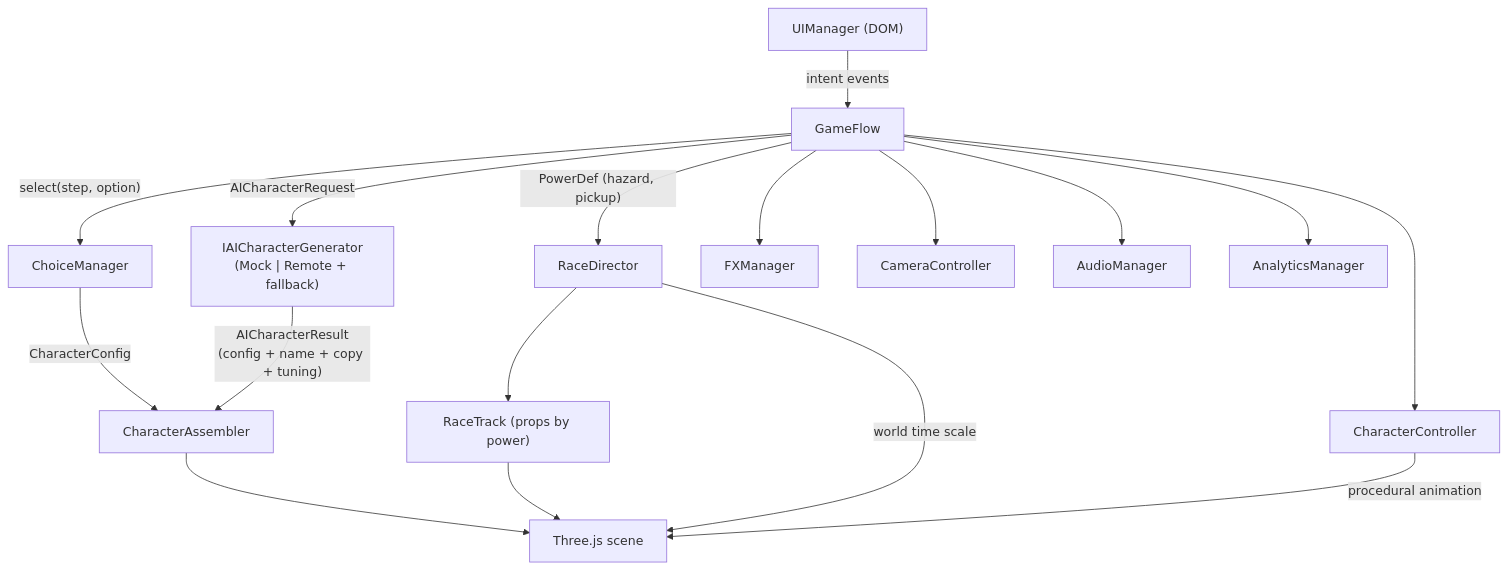
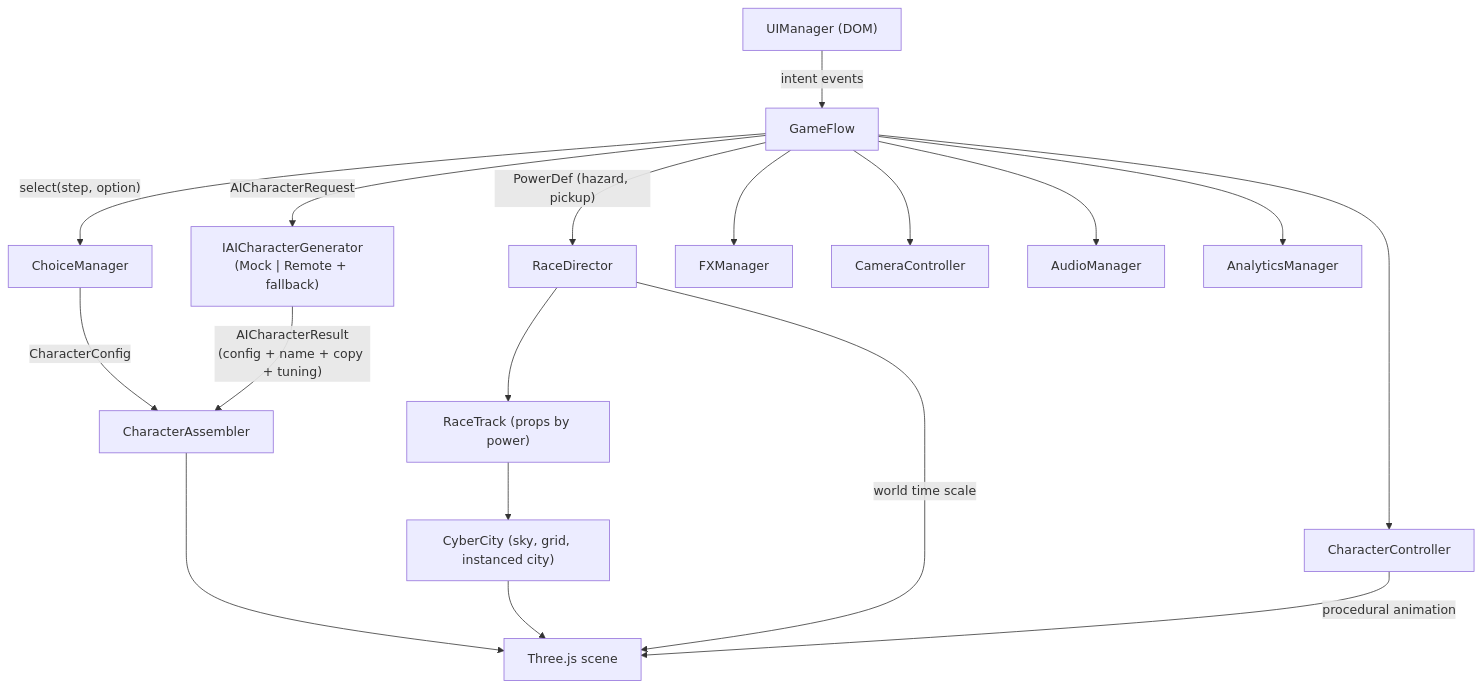
One commit to AndersonIgarashi/robot_rescue changed the diagram in README.md. Above: the diagram before and after it, drawn with Mermaid. The commit also changed other lines of this file and 37 other files, not shown here.

First line of the commit message:
Neon city race: open on the first choice, idle card squash, wider highway

````diff
--- a/README.md
+++ b/README.md
@@ -88,14 +88,14 @@
 ```mermaid
 flowchart TD
     UI["UIManager (DOM)"] -- "intent events" --> Flow[GameFlow]
     Flow -- "select(step, option)" --> Choices[ChoiceManager]
     Choices -- "CharacterConfig" --> Assembler[CharacterAssembler]
     Flow -- "AICharacterRequest" --> AI["IAICharacterGenerator<br/>(Mock | Remote + fallback)"]
     AI -- "AICharacterResult<br/>(config + name + copy + tuning)" --> Assembler
     Assembler --> Scene["Three.js scene"]
     Flow -- "PowerDef (hazard, pickup)" --> Race[RaceDirector]
-    Race --> Track["RaceTrack (props by power)"] --> Scene
+    Race --> Track["RaceTrack (props by power)"] --> City["CyberCity (sky, grid, instanced city)"] --> Scene
     Race -- "world time scale" --> Scene
     Controller[CharacterController] -- "procedural animation" --> Scene
     Flow --> Controller & FX[FXManager] & Camera[CameraController] & Audio[AudioManager] & Analytics[AnalyticsManager]
 ```
````
